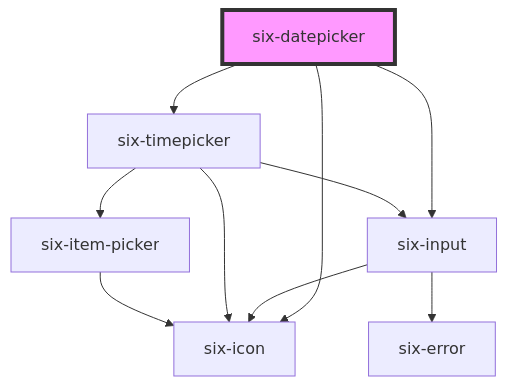
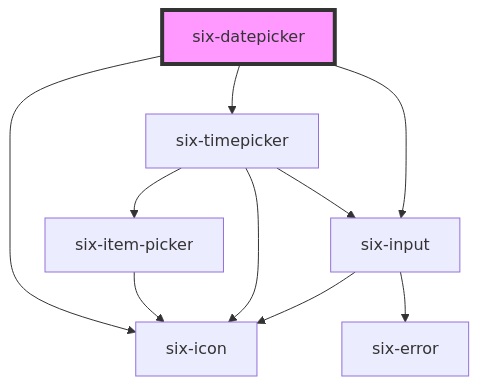
The diagram in docs/components/six-datepicker.md (six-group/six-webcomponents), drawn with Mermaid before and after one commit. The commit also changed other lines of this file and 30 other files, not shown here.

````diff
--- a/docs/components/six-datepicker.md
+++ b/docs/components/six-datepicker.md
@@ -773,13 +765,13 @@
 ```mermaid
 graph TD;
   six-datepicker --> six-icon
+  six-datepicker --> six-timepicker
   six-datepicker --> six-input
-  six-datepicker --> six-timepicker
-  six-input --> six-icon
-  six-input --> six-error
   six-timepicker --> six-item-picker
   six-timepicker --> six-icon
   six-timepicker --> six-input
   six-item-picker --> six-icon
+  six-input --> six-icon
+  six-input --> six-error
   style six-datepicker fill:#f9f,stroke:#333,stroke-width:4px
 ```
````
